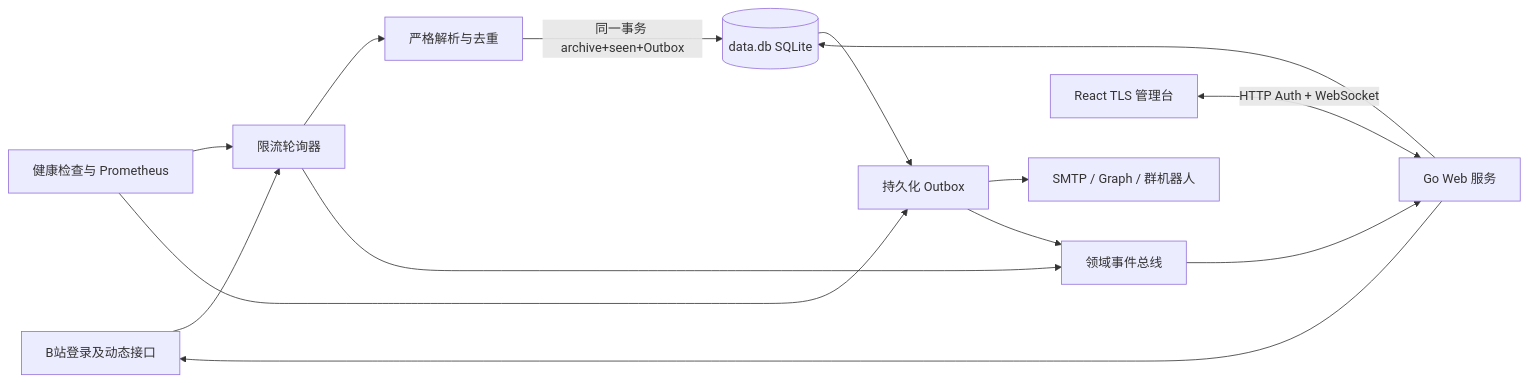
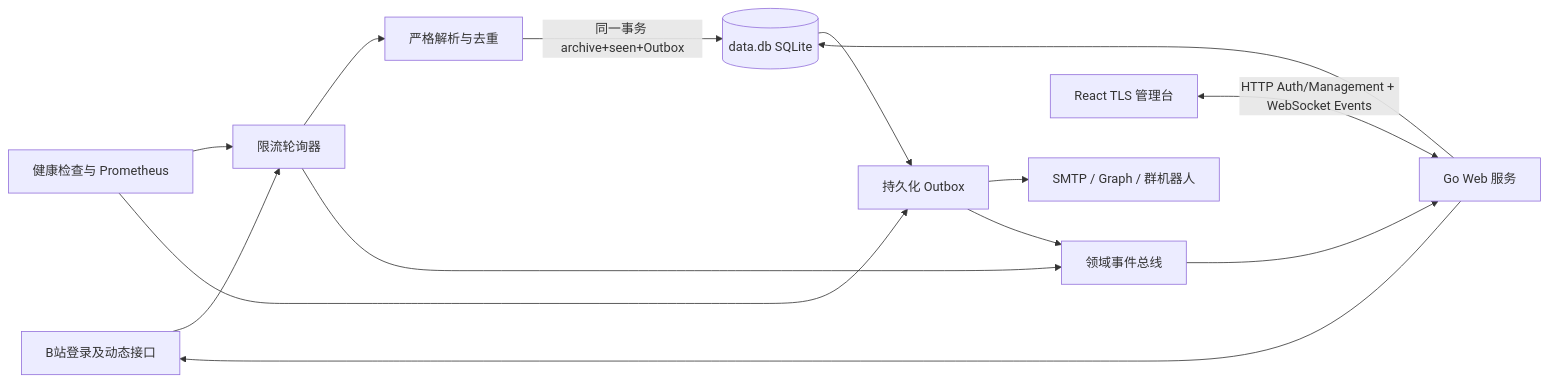
One commit to linxin2429/bili_notify changed the diagram in docs/requirements-and-design.md. Above: the diagram before and after it, drawn with Mermaid. The commit also changed other lines of this file and 15 other files, not shown here.

````diff
--- a/docs/requirements-and-design.md
+++ b/docs/requirements-and-design.md
@@ -20,16 +20,16 @@
 ```mermaid
 flowchart LR
     B[B站登录及动态接口] --> C[限流轮询器]
     C --> P[严格解析与去重]
     P -->|同一事务 archive+seen+Outbox| S[(data.db SQLite)]
     S --> O[持久化 Outbox]
     O --> N[SMTP / Graph / 群机器人]
-    A[React TLS 管理台] <-->|HTTP Auth + WebSocket| W[Go Web 服务]
+    A[React TLS 管理台] <-->|HTTP Auth/Management + WebSocket Events| W[Go Web 服务]
     W --> S
     W --> B
     E[领域事件总线] --> W
     C --> E
     O --> E
     H[健康检查与 Prometheus] --> C
     H --> O
 ```
````
